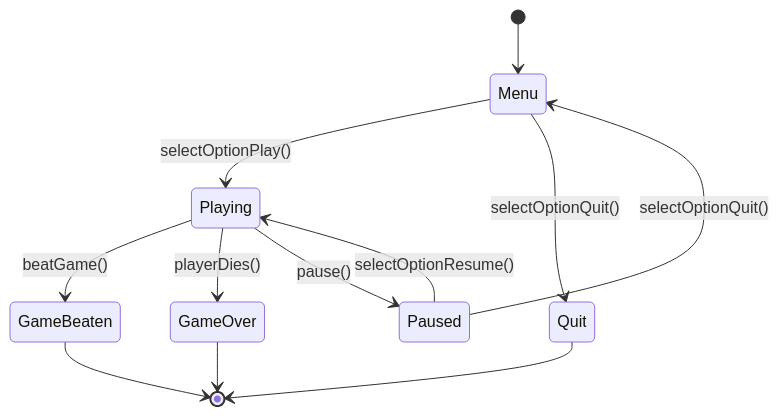
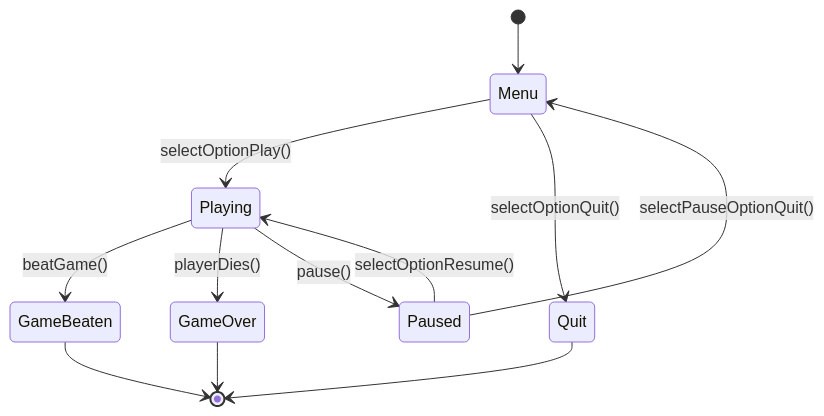
One commit to antondm11/DiagramTest-iLERNTALE changed the first of 3 diagrams in README.md. Above: the diagram before and after it, drawn with Mermaid.

````diff
--- a/README.md
+++ b/README.md
@@ -6,38 +6,38 @@
 ``` mermaid
 
 stateDiagram-v2
 %% Diagrama de Estados del juego iLERNTALE
 
 %% Se inicia el juego y va al Menú Principal
 [*] --> Menu
 %%% En el Menú puede elegir varias opciones
 
 %% Playing: Estado jugando - Se cuenta la parte del prólogo
 Menu --> Playing: selectOptionPlay()
 
 %% Quit: Estado de cerrar el juego
 Menu --> Quit: selectOptionQuit()
 
 %% Playing: Estado jugando - Llevará a "Game Beaten" si se pasa el juego 
 Playing --> GameBeaten : beatGame()
 
 %% Playing: Estado jugando - Llevará a "Game Over" si muere 
 
 Playing --> GameOver : playerDies()
 
 %% Playing: Estado jugando - Llevará a Pausa al pulsar Esc (cambio a estado Paused)
 Playing --> Paused : pause()
 
 %% Pausa: Seleccionar opción "Salir", que lleva de vuelta al Menú principal
-Paused --> Menu: selectOptionQuit()
+Paused --> Menu: selectPauseOptionQuit()
 
 %% Pausa: Seleccionar opción "Reanudar", que devuelve al juego (mapa o combate)
 Paused --> Playing : selectOptionResume()
 
 
 GameBeaten --> [*]
 GameOver --> [*]
 Quit--> [*]
 
 
 ```
````
